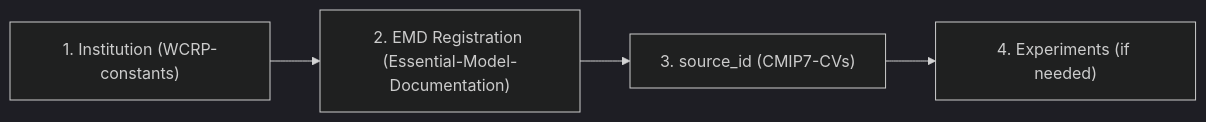
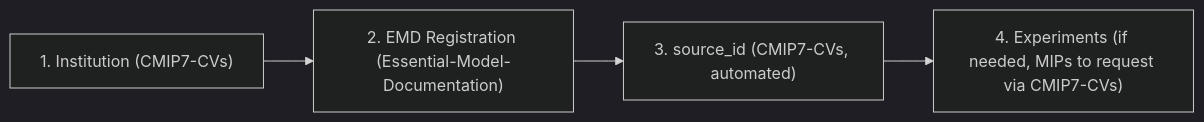
The second of 2 diagrams in docs/CMIP7/cv_registration.md (WCRP-CMIP/cmip7-guidance), drawn with Mermaid (dark theme) before and after one commit. The commit also changed other lines of this file and 4 other files, not shown here.

````diff
--- a/docs/CMIP7/cv_registration.md
+++ b/docs/CMIP7/cv_registration.md
@@ -138,6 +152,6 @@
 ```mermaid
 flowchart LR
-    A["1. Institution (WCRP-constants)"] --> B["2. EMD Registration (Essential-Model-Documentation)"]
-    B --> C["3. source_id (CMIP7-CVs)"]
-    C --> D["4. Experiments (if needed)"]
+    A["1. Institution (CMIP7-CVs)"] --> B["2. EMD Registration (Essential-Model-Documentation)"]
+    B --> C["3. source_id (CMIP7-CVs, automated)"]
+    C --> D["4. Experiments (if needed, MIPs to request via CMIP7-CVs)"]
 ```
````
